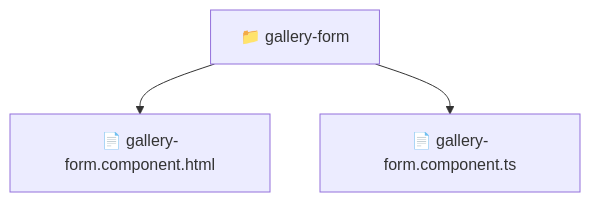
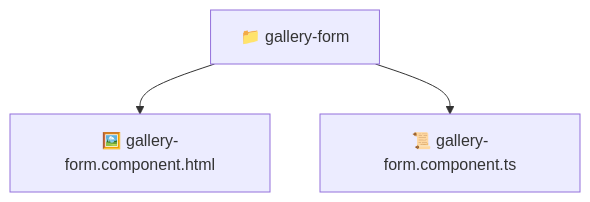
Before and after one commit to beginwebdev2002/fullstack-mavluda: the diagram in frontend/src/pages/gallery/ui/gallery-form/README.md, drawn with Mermaid. The commit also changed other lines of this file and 163 other files, not shown here.

````diff
--- a/frontend/src/pages/gallery/ui/gallery-form/README.md
+++ b/frontend/src/pages/gallery/ui/gallery-form/README.md
@@ -11,6 +11,6 @@
 ```mermaid
 graph TD
-  Root["📁 gallery-form"]
-  Root --> gallery_form_component_html["📄 gallery-form.component.html"]
-  Root --> gallery_form_component_ts["📄 gallery-form.component.ts"]
+  gallery_form["📁 gallery-form"]
+  gallery_form --> gallery_form_component_html["🖼️ gallery-form.component.html"]
+  gallery_form --> gallery_form_component_ts["📜 gallery-form.component.ts"]
 ```
````
